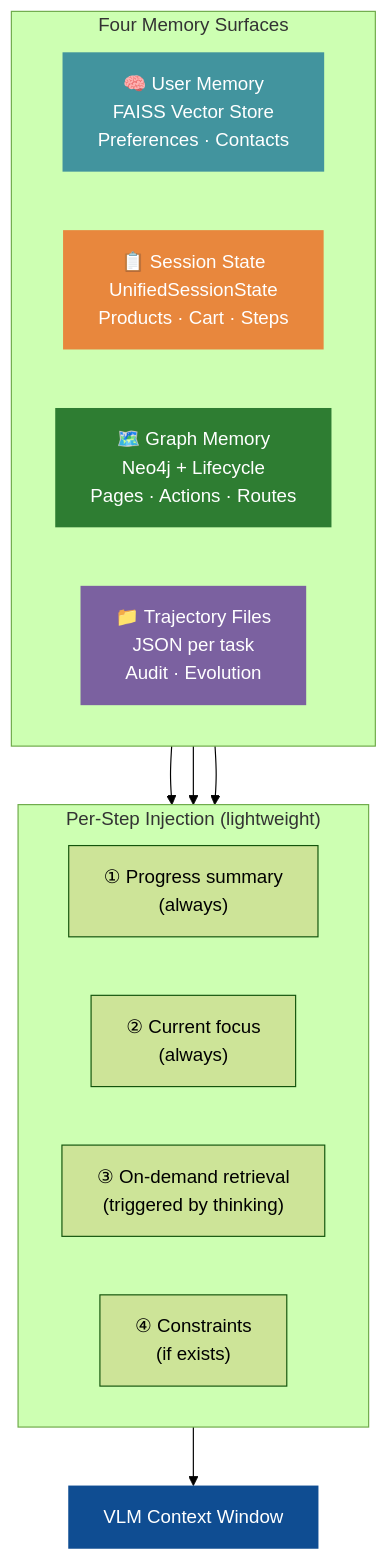
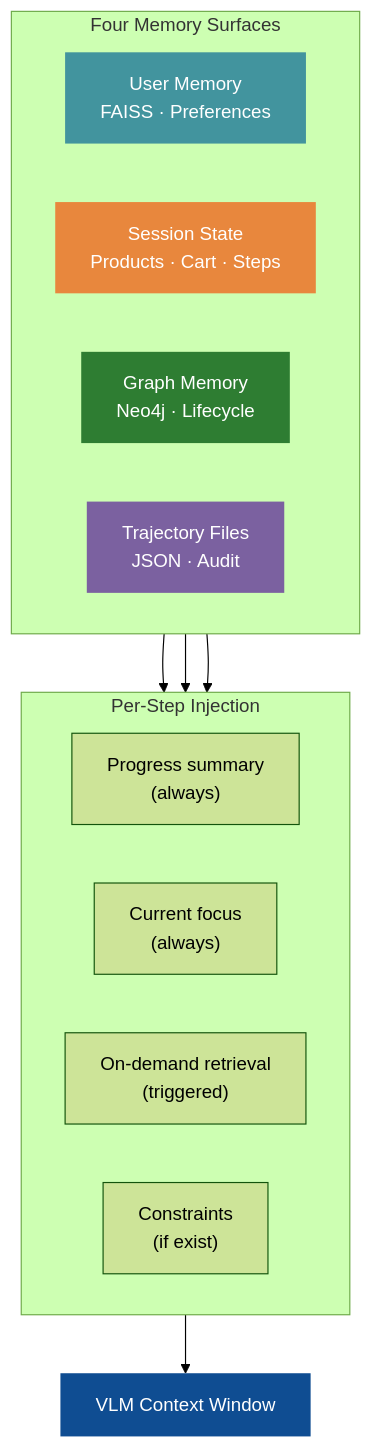
Before and after one commit to He2y/ShoppingClaw: the fourth of 8 diagrams in phone_agent/docs/ARCHITECTURE.md, drawn with Mermaid (forest theme). The commit also changed other lines of this file and 1 other file, not shown here.

First line of the commit message:
docs: rewrite system architecture for academic paper foundation

````diff
--- a/phone_agent/docs/ARCHITECTURE.md
+++ b/phone_agent/docs/ARCHITECTURE.md
@@ -263,28 +190,28 @@
 ```mermaid
 graph TD
     subgraph surfaces["Four Memory Surfaces"]
         direction LR
-        UM["🧠 User Memory\nFAISS Vector Store\nPreferences · Contacts"]
-        SS["📋 Session State\nUnifiedSessionState\nProducts · Cart · Steps"]
-        GM["🗺️ Graph Memory\nNeo4j + Lifecycle\nPages · Actions · Routes"]
-        TF["📁 Trajectory Files\nJSON per task\nAudit · Evolution"]
+        UM["User Memory\nFAISS · Preferences"]
+        SS["Session State\nProducts · Cart · Steps"]
+        GM["Graph Memory\nNeo4j · Lifecycle"]
+        TF["Trajectory Files\nJSON · Audit"]
     end
 
-    subgraph injection["Per-Step Injection (lightweight)"]
-        P1["① Progress summary\n(always)"]
-        P2["② Current focus\n(always)"]
-        P3["③ On-demand retrieval\n(triggered by thinking)"]
-        P4["④ Constraints\n(if exists)"]
+    subgraph injection["Per-Step Injection"]
+        P1["Progress summary\n(always)"]
+        P2["Current focus\n(always)"]
+        P3["On-demand retrieval\n(triggered)"]
+        P4["Constraints\n(if exist)"]
     end
 
     UM --> injection
     SS --> injection
     GM --> injection
     injection --> VLM["VLM Context Window"]
 
     style UM fill:#42949E,color:#fff,stroke:none
     style SS fill:#E8873D,color:#fff,stroke:none
     style GM fill:#2E7D32,color:#fff,stroke:none
     style TF fill:#7B61A0,color:#fff,stroke:none
     style VLM fill:#0F4D92,color:#fff,stroke:none
 ```
````
